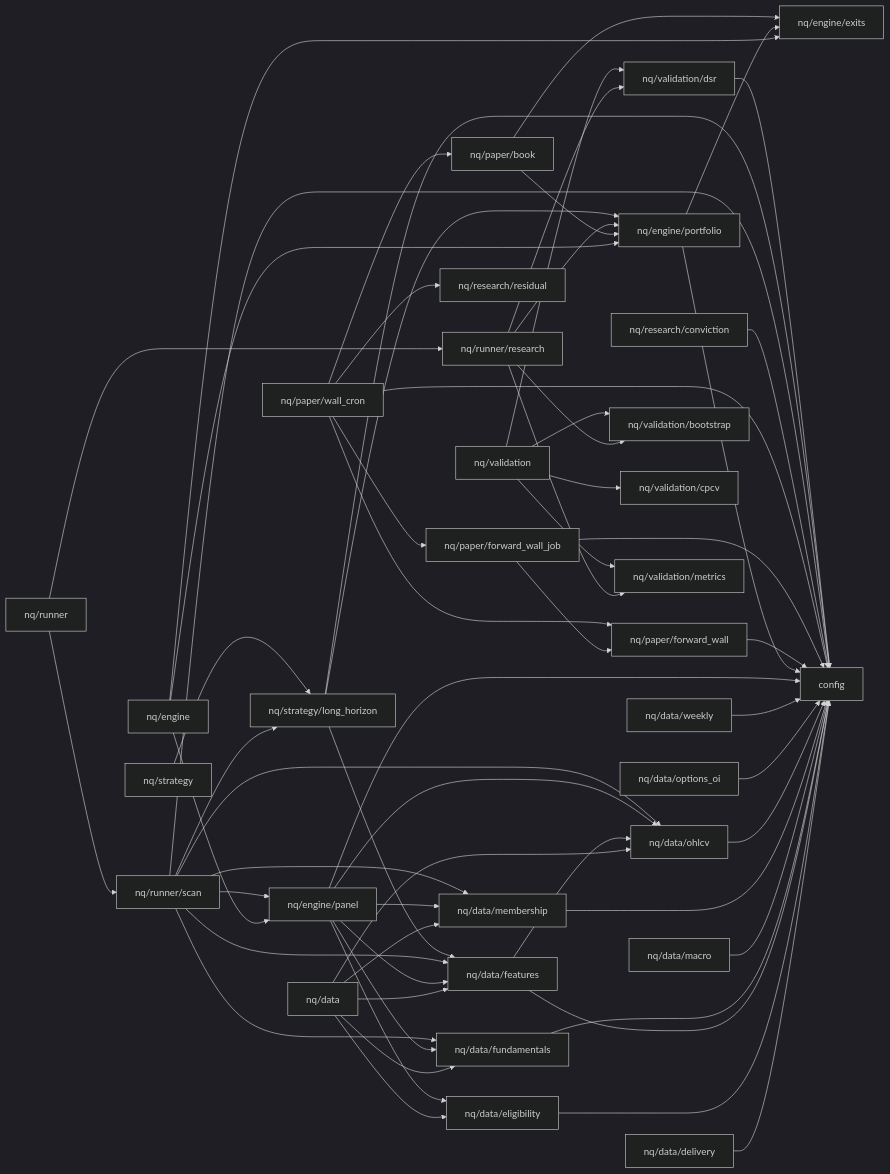
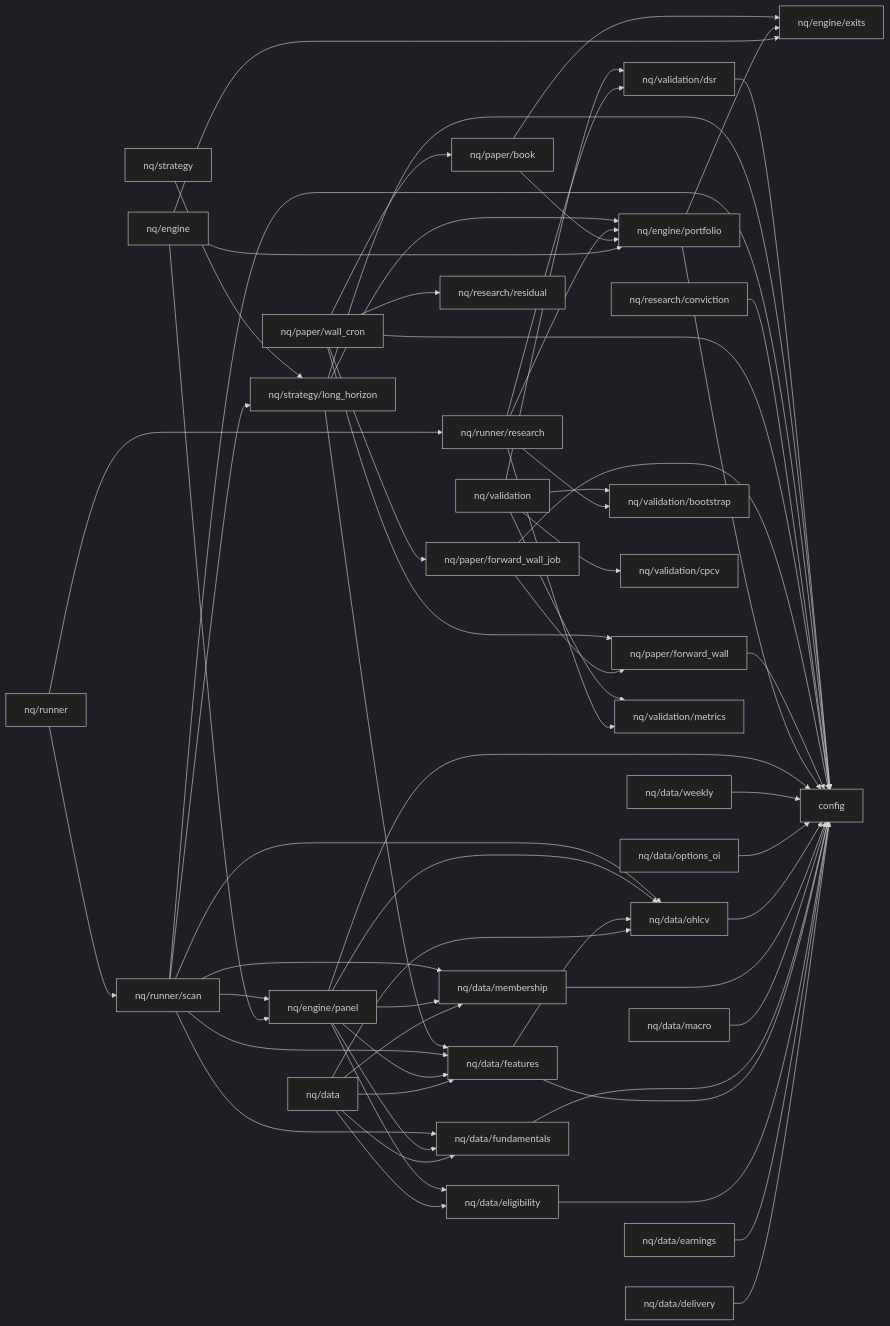
Before and after one commit to kreeshpatel/nifty-satvik: the diagram in docs/DEPENDENCY_MAP.md, drawn with Mermaid (dark theme). The commit also changed 5 other files, not shown here.

```diff
--- a/docs/DEPENDENCY_MAP.md
+++ b/docs/DEPENDENCY_MAP.md
@@ -11,6 +11,7 @@
     config["config"]
     nq_data["nq/data"]
     nq_data_delivery["nq/data/delivery"]
+    nq_data_earnings["nq/data/earnings"]
     nq_data_eligibility["nq/data/eligibility"]
     nq_data_features["nq/data/features"]
     nq_data_fundamentals["nq/data/fundamentals"]
@@ -45,6 +46,7 @@
     nq_data --> nq_data_membership
     nq_data --> nq_data_ohlcv
     nq_data_delivery --> config
+    nq_data_earnings --> config
     nq_data_eligibility --> config
     nq_data_features --> config
     nq_data_features --> nq_data_ohlcv
```
